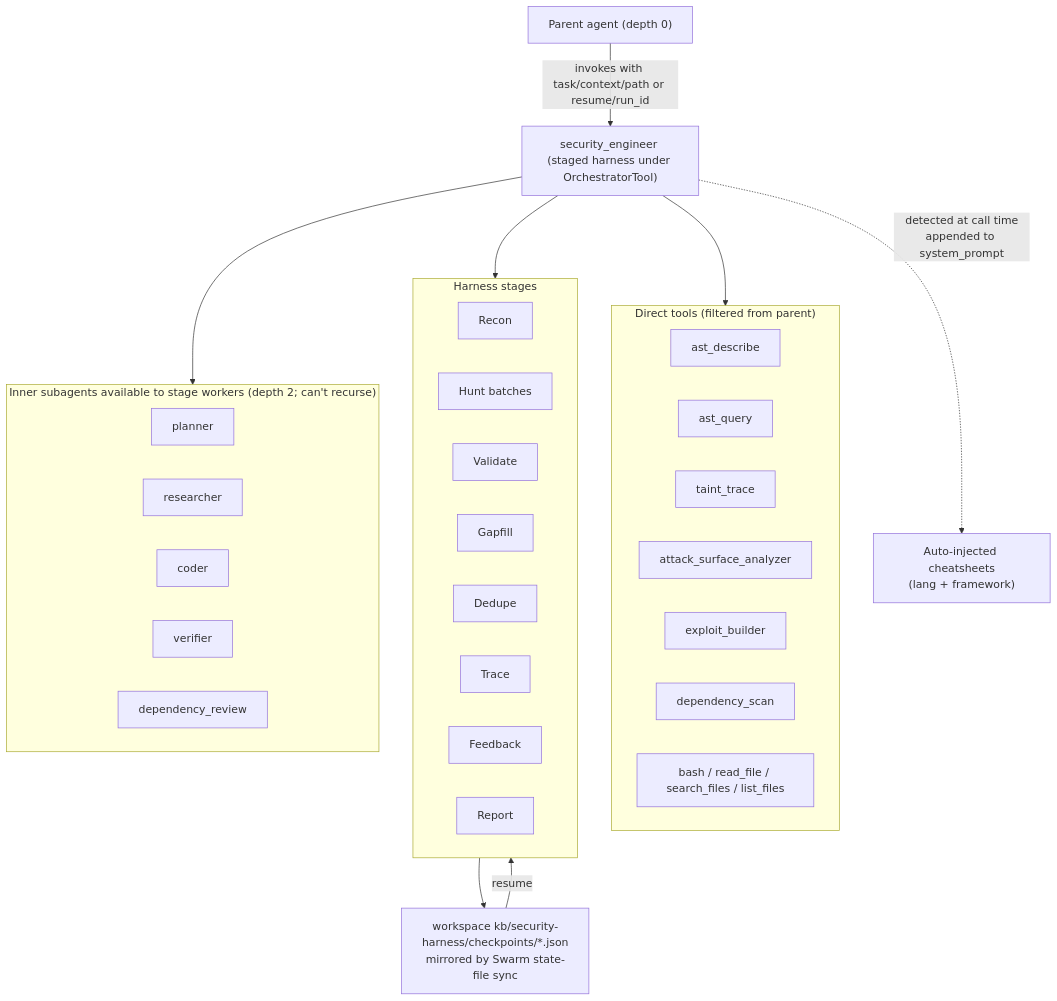
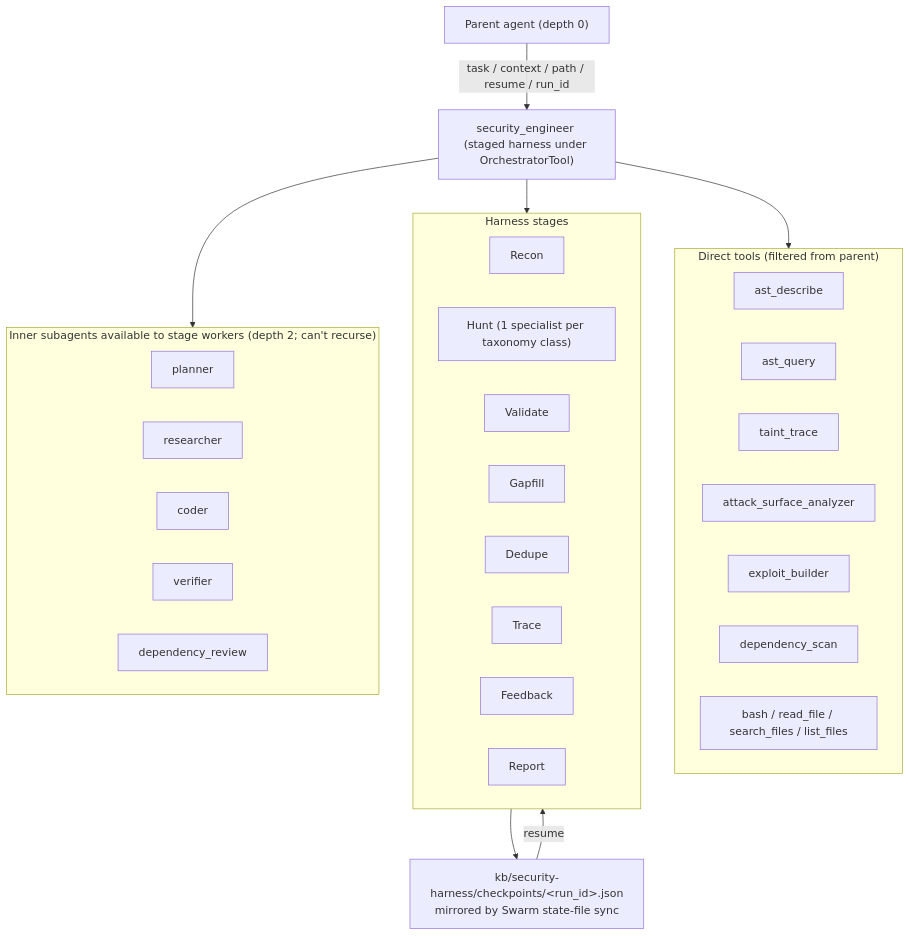
One commit to JonCooperWorks/dyson changed the diagram in docs/security-engineer-subagent.md. Above: the diagram before and after it, drawn with Mermaid. The commit also changed other lines of this file and 3 other files, not shown here.

First line of the commit message:
security_engineer: loose parse, strict semantic; doc rewrite without cheatsheets

````diff
--- a/docs/security-engineer-subagent.md
+++ b/docs/security-engineer-subagent.md
@@ -53,45 +103,42 @@
 ```mermaid
 flowchart TB
     Parent["Parent agent (depth 0)"]
     Orch["security_engineer (staged harness under OrchestratorTool)"]
-    Parent -->|invokes with task/context/path or resume/run_id| Orch
+    Parent -->|task / context / path / resume / run_id| Orch
 
     subgraph direct["Direct tools (filtered from parent)"]
       AstDescribe[ast_describe]
       AstQuery[ast_query]
       TaintTrace[taint_trace]
       ASA[attack_surface_analyzer]
       ExploitBuilder[exploit_builder]
       DepScan[dependency_scan]
       Bash[bash / read_file / search_files / list_files]
     end
     Orch --> direct
 
     subgraph stages["Harness stages"]
       Recon[Recon]
-      Hunt[Hunt batches]
+      Hunt["Hunt (1 specialist per taxonomy class)"]
       Validate[Validate]
       Gapfill[Gapfill]
       Dedupe[Dedupe]
       Trace[Trace]
       Feedback[Feedback]
       Report[Report]
     end
     Orch --> stages
 
-    Checkpoint["workspace kb/security-harness/checkpoints/*.json<br/>mirrored by Swarm state-file sync"]
+    Checkpoint["kb/security-harness/checkpoints/&lt;run_id&gt;.json<br/>mirrored by Swarm state-file sync"]
     stages --> Checkpoint
     Checkpoint -->|resume| stages
 
     subgraph inner["Inner subagents available to stage workers (depth 2; can't recurse)"]
       Planner[planner]
       Researcher[researcher]
       Coder[coder]
       Verifier[verifier]
       DepReview[dependency_review]
     end
     Orch --> inner
-
-    Sheets["Auto-injected cheatsheets<br/>(lang + framework)"]
-    Orch -.->|detected at call time<br/>appended to system_prompt| Sheets
 ```
````
